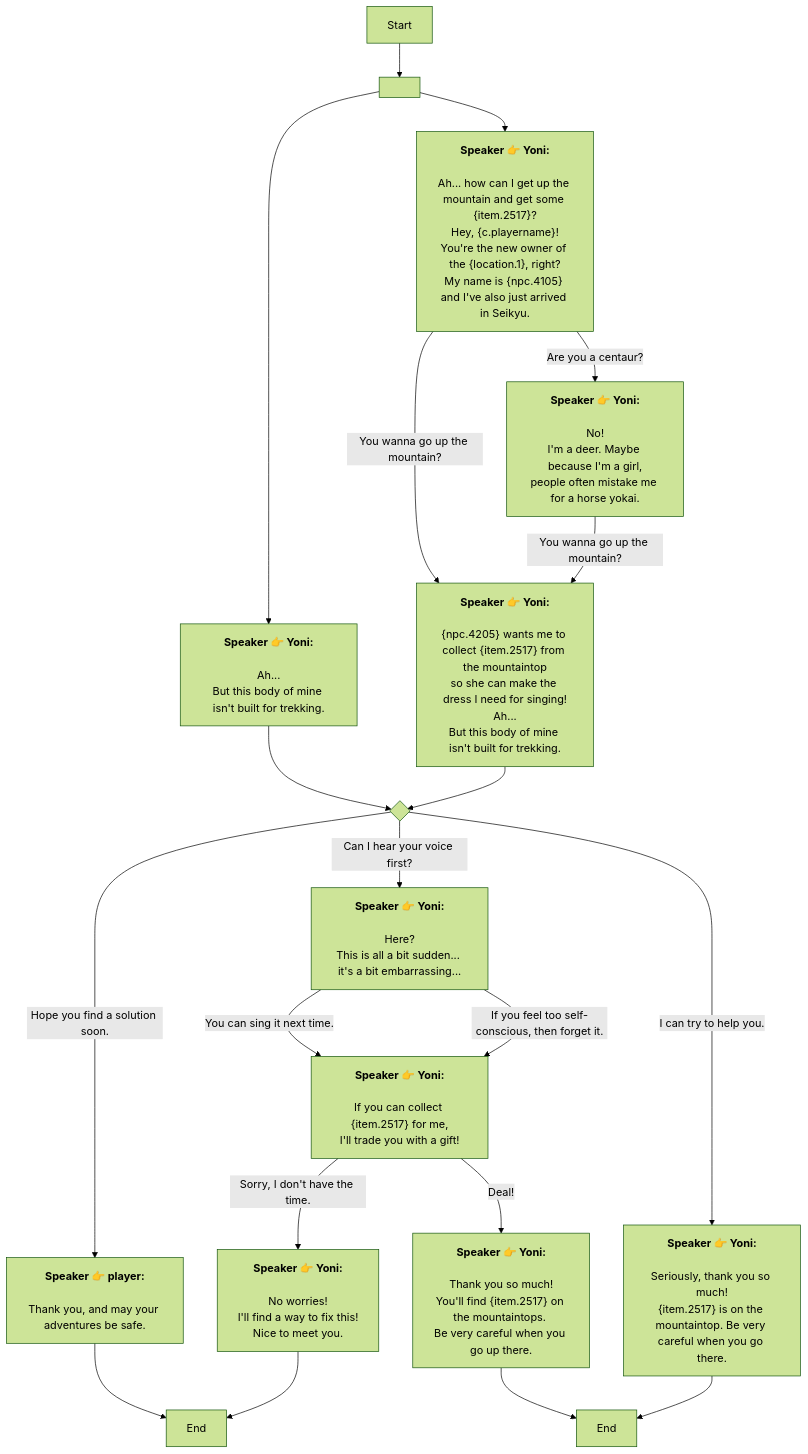
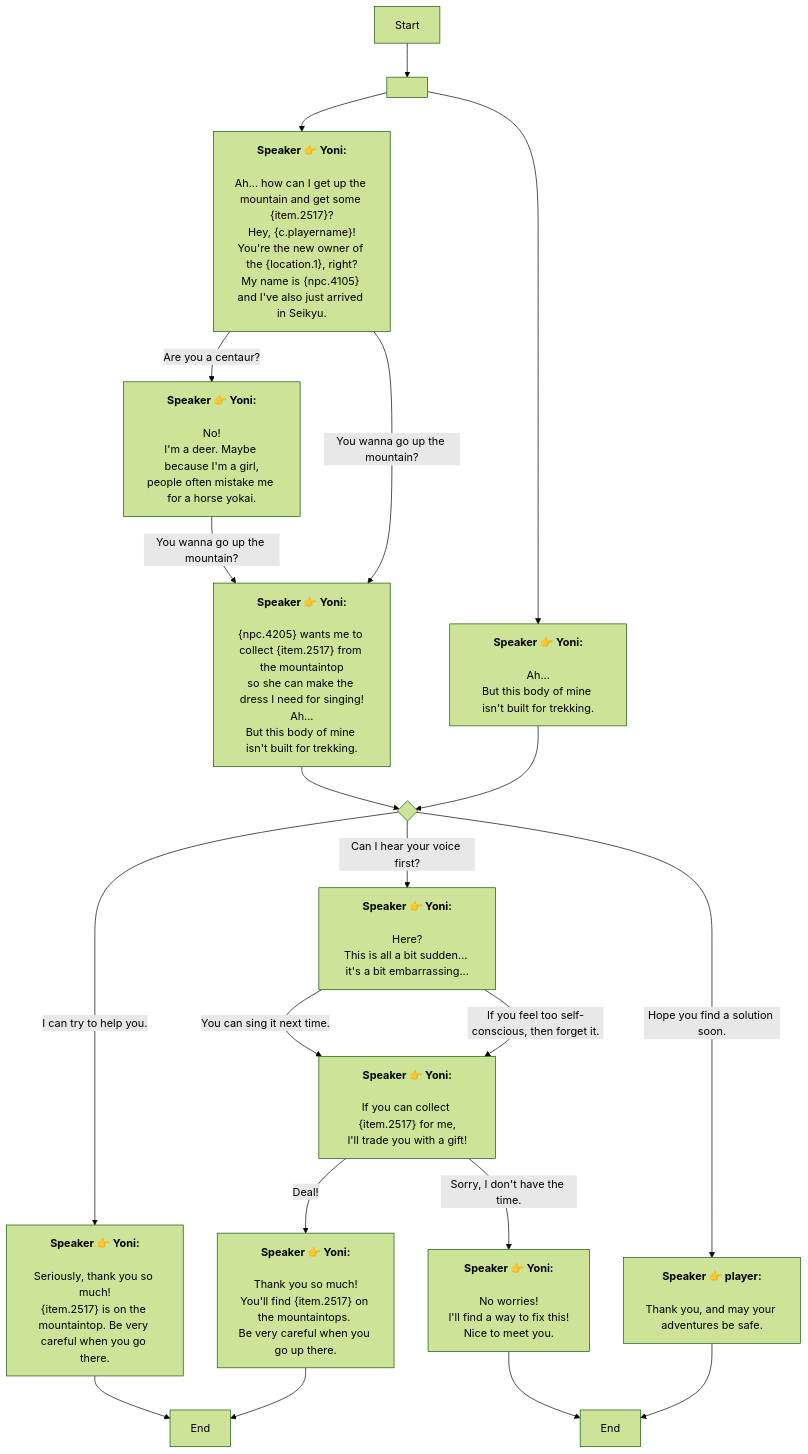
The diagram in En/QuestTalkStarterNode_1738285557884075.md (SoftHu/tos_avg), drawn with Mermaid (forest theme) before and after one commit. The commit also changed other lines of this file and 780 other files, not shown here.

````diff
--- a/En/QuestTalkStarterNode_1738285557884075.md
+++ b/En/QuestTalkStarterNode_1738285557884075.md
@@ -1,52 +1,52 @@
 ```mermaid
 graph
 Start -->1738287834941662[ ]
-1738287834941662 -->1738287908723935[<b>Speaker 👉 Yoni:</b>
-\nAh...
-But this body of mine isn't built for trekking.]
 1738287834941662 -->1738285999573172[<b>Speaker 👉 Yoni:</b>
 \nAh... how can I get up the mountain and get some &lbrace;item.2517&rbrace;?\nHey, &lbrace;c.playername&rbrace;!
 You're the new owner of the &lbrace;location.1&rbrace;, right?
 My name is &lbrace;npc.4105&rbrace; and I've also just arrived in Seikyu.]
+1738287834941662 -->1738287908723935[<b>Speaker 👉 Yoni:</b>
+\nAh...
+But this body of mine isn't built for trekking.]
 1738287908723935 -->434571977180983{ }
 1738287216834759 -->1738288124658912[End]
-434571977180983 -->|Hope you find a solution soon.|1738287216834759[<b>Speaker 👉 player:</b>
-\nThank you, and may your adventures be safe.]
+434571977180983 -->|I can try to help you.|1738287397582039[<b>Speaker 👉 Yoni:</b>
+\nSeriously, thank you so much!
+&lbrace;item.2517&rbrace; is on the mountaintop. Be very careful when you go there.]
 434571977180983 -->|Can I hear your voice first?|1738287283890381[<b>Speaker 👉 Yoni:</b>
 \nHere?
 This is all a bit sudden... it's a bit embarrassing...]
-434571977180983 -->|I can try to help you.|1738287397582039[<b>Speaker 👉 Yoni:</b>
-\nSeriously, thank you so much!
-&lbrace;item.2517&rbrace; is on the mountaintop. Be very careful when you go there.]
+434571977180983 -->|Hope you find a solution soon.|1738287216834759[<b>Speaker 👉 player:</b>
+\nThank you, and may your adventures be safe.]
+1738287283890381 -->|If you feel too self-conscious, then forget it.|1738287339132115[<b>Speaker 👉 Yoni:</b>
+\nIf you can collect &lbrace;item.2517&rbrace; for me,
+I'll trade you with a gift!]
 1738287283890381 -->|You can sing it next time.|1738287339132115[<b>Speaker 👉 Yoni:</b>
 \nIf you can collect &lbrace;item.2517&rbrace; for me,
 I'll trade you with a gift!]
-1738287283890381 -->|If you feel too self-conscious, then forget it.|1738287339132115[<b>Speaker 👉 Yoni:</b>
-\nIf you can collect &lbrace;item.2517&rbrace; for me,
-I'll trade you with a gift!]
+1738287339132115 -->|Sorry, I don't have the time.|1738287685928156[<b>Speaker 👉 Yoni:</b>
+\nNo worries!
+I'll find a way to fix this!
+Nice to meet you.]
 1738287339132115 -->|Deal!|1738287491991770[<b>Speaker 👉 Yoni:</b>
 \nThank you so much!
 You'll find &lbrace;item.2517&rbrace; on the mountaintops. 
 Be very careful when you go up there.]
-1738287339132115 -->|Sorry, I don't have the time.|1738287685928156[<b>Speaker 👉 Yoni:</b>
-\nNo worries!
-I'll find a way to fix this!
-Nice to meet you.]
 1738287491991770 -->1738287669031131[End]
 1738287685928156 -->1738288124658912[End]
 1738287397582039 -->1738287669031131[End]
+1738285999573172 -->|You wanna go up the mountain?|1738286492721339[<b>Speaker 👉 Yoni:</b>
+\n&lbrace;npc.4205&rbrace; wants me to collect &lbrace;item.2517&rbrace; from the mountaintop
+so she can make the dress I need for singing!\nAh...
+But this body of mine isn't built for trekking.]
 1738285999573172 -->|Are you a centaur?|1738286345339066[<b>Speaker 👉 Yoni:</b>
 \nNo!
 I'm a deer. Maybe because I'm a girl,
 people often mistake me for a horse yokai.]
-1738285999573172 -->|You wanna go up the mountain?|1738286492721339[<b>Speaker 👉 Yoni:</b>
-\n&lbrace;npc.4205&rbrace; wants me to collect &lbrace;item.2517&rbrace; from the mountaintop
-so she can make the dress I need for singing!\nAh...
-But this body of mine isn't built for trekking.]
 1738286345339066 -->|You wanna go up the mountain?|1738286492721339[<b>Speaker 👉 Yoni:</b>
 \n&lbrace;npc.4205&rbrace; wants me to collect &lbrace;item.2517&rbrace; from the mountaintop
 so she can make the dress I need for singing!\nAh...
 But this body of mine isn't built for trekking.]
 1738286492721339 -->434571977180983{ }
 
 ```
````
